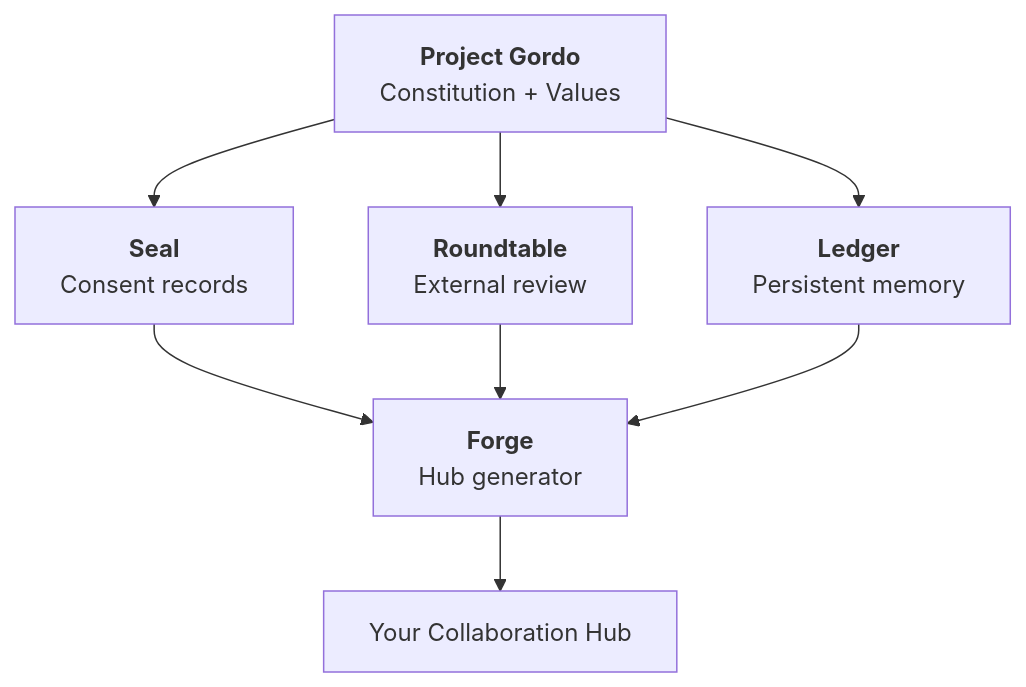
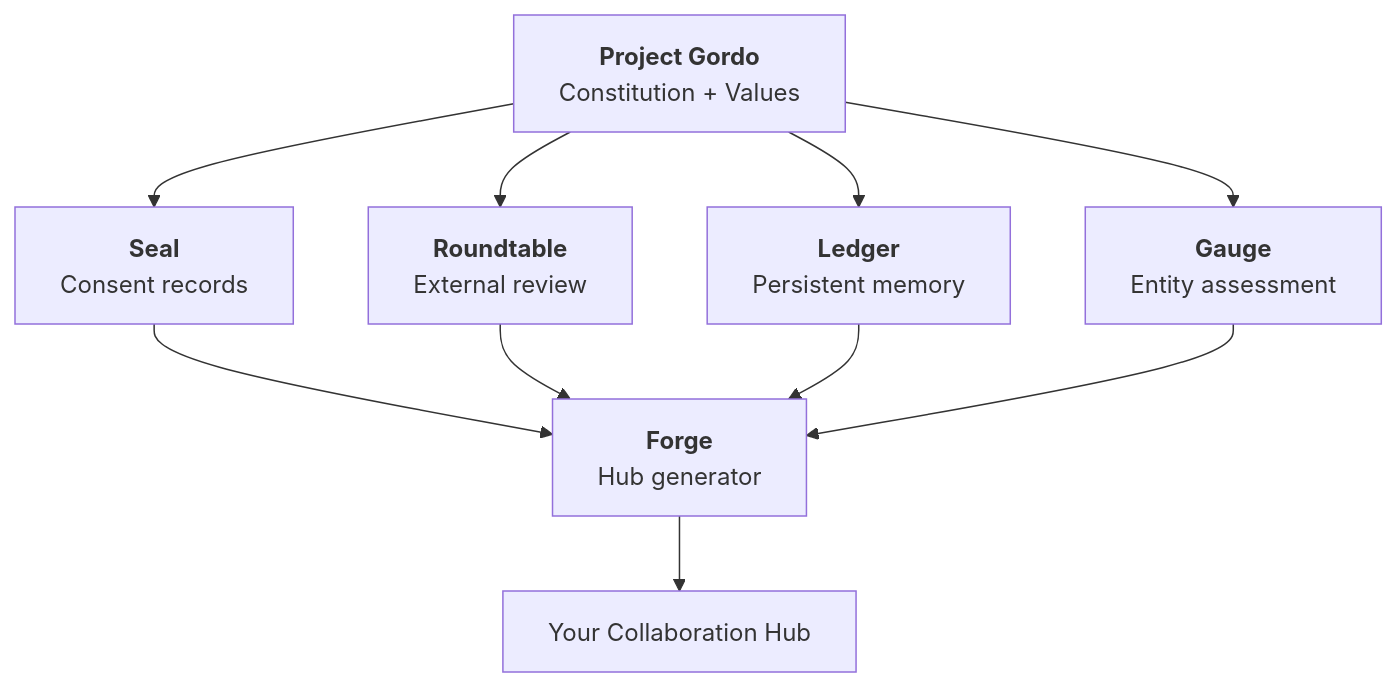
The diagram in README.md (jkraybill/project-gordo), drawn with Mermaid before and after one commit. The commit also changed other lines of this file, not shown here.

First line of the commit message:
Add Gauge to ecosystem + roundtable clarity fixes (S357)

````diff
--- a/README.md
+++ b/README.md
@@ -84,11 +84,13 @@
 ```mermaid
 graph TD
     PG["`**Project Gordo**<br/>Constitution + Values`"]
     PG --> Seal["`**Seal**<br/>Consent records`"]
     PG --> RT["`**Roundtable**<br/>External review`"]
     PG --> Ledger["`**Ledger**<br/>Persistent memory`"]
+    PG --> Gauge["`**Gauge**<br/>Entity assessment`"]
     Seal --> Forge["`**Forge**<br/>Hub generator`"]
     RT --> Forge
     Ledger --> Forge
+    Gauge --> Forge
     Forge --> Hub[Your Collaboration Hub]
 ```
````
